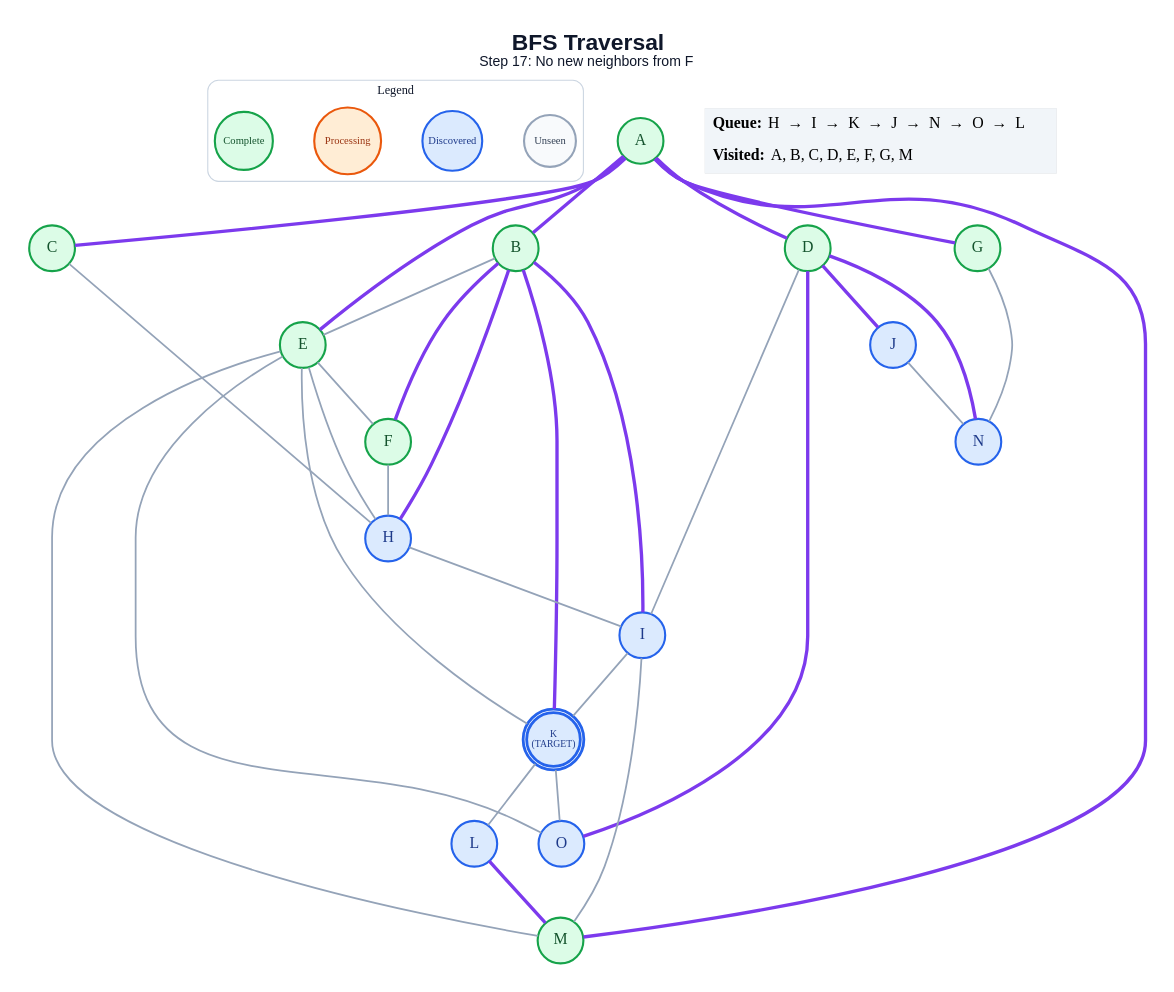
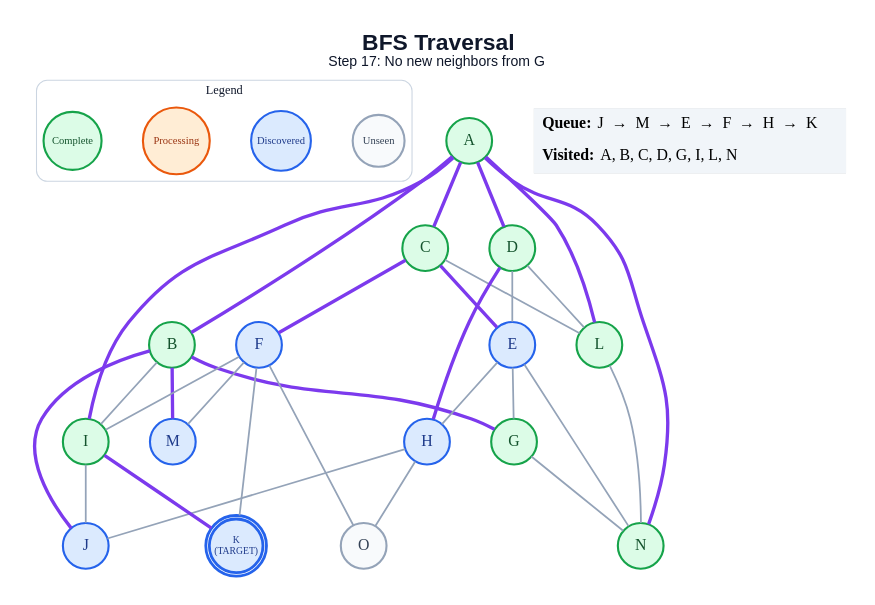
One commit to anon7238593-create/ai-slop changed the diagram in generated/specific-node/bfs/step_17.dot. Above: the diagram before and after it, drawn with Graphviz. The commit also changed 252 other files, not shown here.

```diff
--- a/generated/specific-node/bfs/step_17.dot
+++ b/generated/specific-node/bfs/step_17.dot
@@ -1,64 +1,63 @@
 graph traversal {
   graph [layout=dot, rankdir=TB, bgcolor="#FFFFFF", pad="0.35", nodesep="0.65", ranksep="0.8", fontname="Arial"];
   node [shape=circle, style="filled", fontname="Arial Bold", fontsize=18, width=0.72, fixedsize=true, penwidth=2.4];
   edge [color="#94A3B8", penwidth=2.0];
-  label=<<B>BFS Traversal</B><BR/><FONT POINT-SIZE="16">Step 17: No new neighbors from F</FONT>>; labelloc="t"; fontsize=26; fontname="Arial"; fontcolor="#0F172A";
+  label=<<B>BFS Traversal</B><BR/><FONT POINT-SIZE="16">Step 17: No new neighbors from G</FONT>>; labelloc="t"; fontsize=26; fontname="Arial"; fontcolor="#0F172A";
   subgraph cluster_legend { label="Legend"; color="#CBD5E1"; penwidth=1.2; style="rounded"; fontsize=14; fontname="Arial Bold";
     key_unseen [label="Unseen", fillcolor="#F8FAFC", color="#94A3B8", fontcolor="#334155", fontsize=12, width=0.82];
     key_frontier [label="Discovered", fillcolor="#DBEAFE", color="#2563EB", fontcolor="#1E3A8A", fontsize=12, width=0.95];
     key_current [label="Processing", fillcolor="#FFEDD5", color="#EA580C", fontcolor="#9A3412", fontsize=12, width=1.05];
     key_done [label="Complete", fillcolor="#DCFCE7", color="#16A34A", fontcolor="#14532D", fontsize=12, width=0.92];
     { rank=same; key_unseen; key_frontier; key_current; key_done; }
   }
   A [label="A", fillcolor="#DCFCE7", color="#16A34A", fontcolor="#14532D", peripheries=1, penwidth=2.4];
   B [label="B", fillcolor="#DCFCE7", color="#16A34A", fontcolor="#14532D", peripheries=1, penwidth=2.4];
   C [label="C", fillcolor="#DCFCE7", color="#16A34A", fontcolor="#14532D", peripheries=1, penwidth=2.4];
   D [label="D", fillcolor="#DCFCE7", color="#16A34A", fontcolor="#14532D", peripheries=1, penwidth=2.4];
-  E [label="E", fillcolor="#DCFCE7", color="#16A34A", fontcolor="#14532D", peripheries=1, penwidth=2.4];
-  F [label="F", fillcolor="#DCFCE7", color="#16A34A", fontcolor="#14532D", peripheries=1, penwidth=2.4];
+  E [label="E", fillcolor="#DBEAFE", color="#2563EB", fontcolor="#1E3A8A", peripheries=1, penwidth=2.4];
+  F [label="F", fillcolor="#DBEAFE", color="#2563EB", fontcolor="#1E3A8A", peripheries=1, penwidth=2.4];
   G [label="G", fillcolor="#DCFCE7", color="#16A34A", fontcolor="#14532D", peripheries=1, penwidth=2.4];
   H [label="H", fillcolor="#DBEAFE", color="#2563EB", fontcolor="#1E3A8A", peripheries=1, penwidth=2.4];
-  I [label="I", fillcolor="#DBEAFE", color="#2563EB", fontcolor="#1E3A8A", peripheries=1, penwidth=2.4];
+  I [label="I", fillcolor="#DCFCE7", color="#16A34A", fontcolor="#14532D", peripheries=1, penwidth=2.4];
   J [label="J", fillcolor="#DBEAFE", color="#2563EB", fontcolor="#1E3A8A", peripheries=1, penwidth=2.4];
   K [label="K\n(TARGET)", fillcolor="#DBEAFE", color="#2563EB", fontcolor="#1E3A8A", peripheries=2, penwidth=3.2, fontsize=11, width=0.85, height=0.85];
-  L [label="L", fillcolor="#DBEAFE", color="#2563EB", fontcolor="#1E3A8A", peripheries=1, penwidth=2.4];
-  M [label="M", fillcolor="#DCFCE7", color="#16A34A", fontcolor="#14532D", peripheries=1, penwidth=2.4];
-  N [label="N", fillcolor="#DBEAFE", color="#2563EB", fontcolor="#1E3A8A", peripheries=1, penwidth=2.4];
-  O [label="O", fillcolor="#DBEAFE", color="#2563EB", fontcolor="#1E3A8A", peripheries=1, penwidth=2.4];
+  L [label="L", fillcolor="#DCFCE7", color="#16A34A", fontcolor="#14532D", peripheries=1, penwidth=2.4];
+  M [label="M", fillcolor="#DBEAFE", color="#2563EB", fontcolor="#1E3A8A", peripheries=1, penwidth=2.4];
+  N [label="N", fillcolor="#DCFCE7", color="#16A34A", fontcolor="#14532D", peripheries=1, penwidth=2.4];
+  O [label="O", fillcolor="#F8FAFC", color="#94A3B8", fontcolor="#334155", peripheries=1, penwidth=2.4];
   A -- B [color="#7C3AED", penwidth=3.8];
   A -- C [color="#7C3AED", penwidth=3.8];
   A -- D [color="#7C3AED", penwidth=3.8];
-  A -- E [color="#7C3AED", penwidth=3.8];
-  A -- G [color="#7C3AED", penwidth=3.8];
-  A -- M [color="#7C3AED", penwidth=3.8];
-  B -- E;
-  B -- F [color="#7C3AED", penwidth=3.8];
-  B -- H [color="#7C3AED", penwidth=3.8];
-  B -- I [color="#7C3AED", penwidth=3.8];
-  B -- K [color="#7C3AED", penwidth=3.8];
-  C -- H;
-  D -- I;
-  D -- J [color="#7C3AED", penwidth=3.8];
-  D -- N [color="#7C3AED", penwidth=3.8];
-  D -- O [color="#7C3AED", penwidth=3.8];
-  E -- F;
+  A -- I [color="#7C3AED", penwidth=3.8];
+  A -- L [color="#7C3AED", penwidth=3.8];
+  A -- N [color="#7C3AED", penwidth=3.8];
+  B -- G [color="#7C3AED", penwidth=3.8];
+  B -- I;
+  B -- J [color="#7C3AED", penwidth=3.8];
+  B -- M [color="#7C3AED", penwidth=3.8];
+  C -- E [color="#7C3AED", penwidth=3.8];
+  C -- F [color="#7C3AED", penwidth=3.8];
+  C -- L;
+  D -- E;
+  D -- H [color="#7C3AED", penwidth=3.8];
+  D -- L;
+  E -- G;
   E -- H;
-  E -- K;
-  E -- M;
-  E -- O;
-  F -- H;
+  E -- N;
+  F -- I;
+  F -- K;
+  F -- M;
+  F -- O;
   G -- N;
-  H -- I;
-  I -- K;
-  I -- M;
-  J -- N;
-  K -- L;
-  K -- O;
-  L -- M [color="#7C3AED", penwidth=3.8];
+  H -- J;
+  H -- O;
+  I -- J;
+  I -- K [color="#7C3AED", penwidth=3.8];
+  L -- N;
   status [shape=plain, fixedsize=false, width=0, height=0, margin=0, label=<
     <TABLE BORDER="0" CELLBORDER="0" CELLPADDING="7" BGCOLOR="#F1F5F9">
-      <TR><TD ALIGN="LEFT"><B>Queue:</B> H  →  I  →  K  →  J  →  N  →  O  →  L</TD></TR>
-      <TR><TD ALIGN="LEFT"><B>Visited:</B> A, B, C, D, E, F, G, M</TD></TR>
+      <TR><TD ALIGN="LEFT"><B>Queue:</B> J  →  M  →  E  →  F  →  H  →  K</TD></TR>
+      <TR><TD ALIGN="LEFT"><B>Visited:</B> A, B, C, D, G, I, L, N</TD></TR>
     </TABLE>
   >];
 }
```
